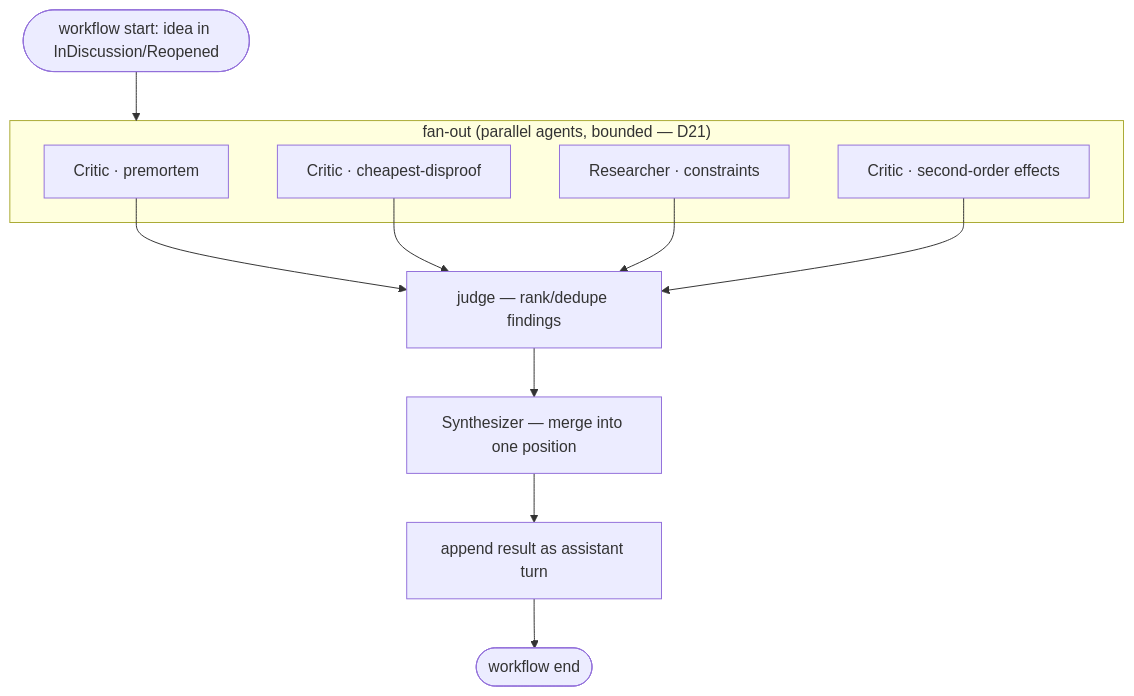
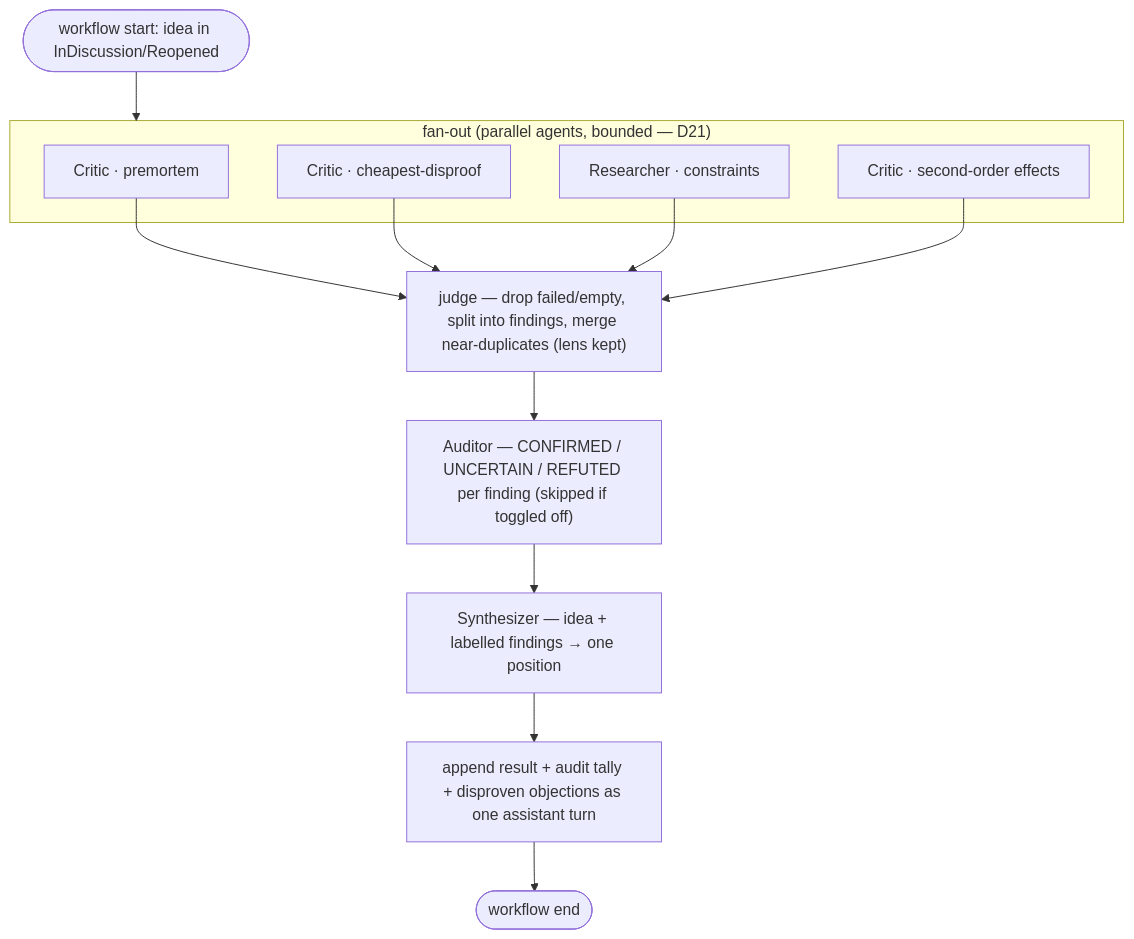
The first of 2 diagrams in docs/06-concepts/workflows.md (jasdian/idea-vault), drawn with Mermaid before and after one commit. The commit also changed other lines of this file and 19 other files, not shown here.

````diff
--- a/docs/06-concepts/workflows.md
+++ b/docs/06-concepts/workflows.md
@@ -22,20 +43,21 @@
 ```mermaid
 flowchart TD
     START(["workflow start: idea in InDiscussion/Reopened"]) --> FANOUT
 
     subgraph FANOUT["fan-out (parallel agents, bounded — D21)"]
         A1["Critic · premortem"]
         A2["Critic · cheapest-disproof"]
         A3["Researcher · constraints"]
         A4["Critic · second-order effects"]
     end
 
     A1 --> JUDGE
     A2 --> JUDGE
     A3 --> JUDGE
     A4 --> JUDGE
 
-    JUDGE["judge — rank/dedupe findings"] --> SYNTH
-    SYNTH["Synthesizer — merge into one position"] --> APPEND["append result as assistant turn"]
+    JUDGE["judge — drop failed/empty, split into findings, merge near-duplicates (lens kept)"] --> AUDIT
+    AUDIT["Auditor — CONFIRMED / UNCERTAIN / REFUTED per finding (skipped if toggled off)"] --> SYNTH
+    SYNTH["Synthesizer — idea + labelled findings → one position"] --> APPEND["append result + audit tally + disproven objections as one assistant turn"]
     APPEND --> END(["workflow end"])
 ```
````
